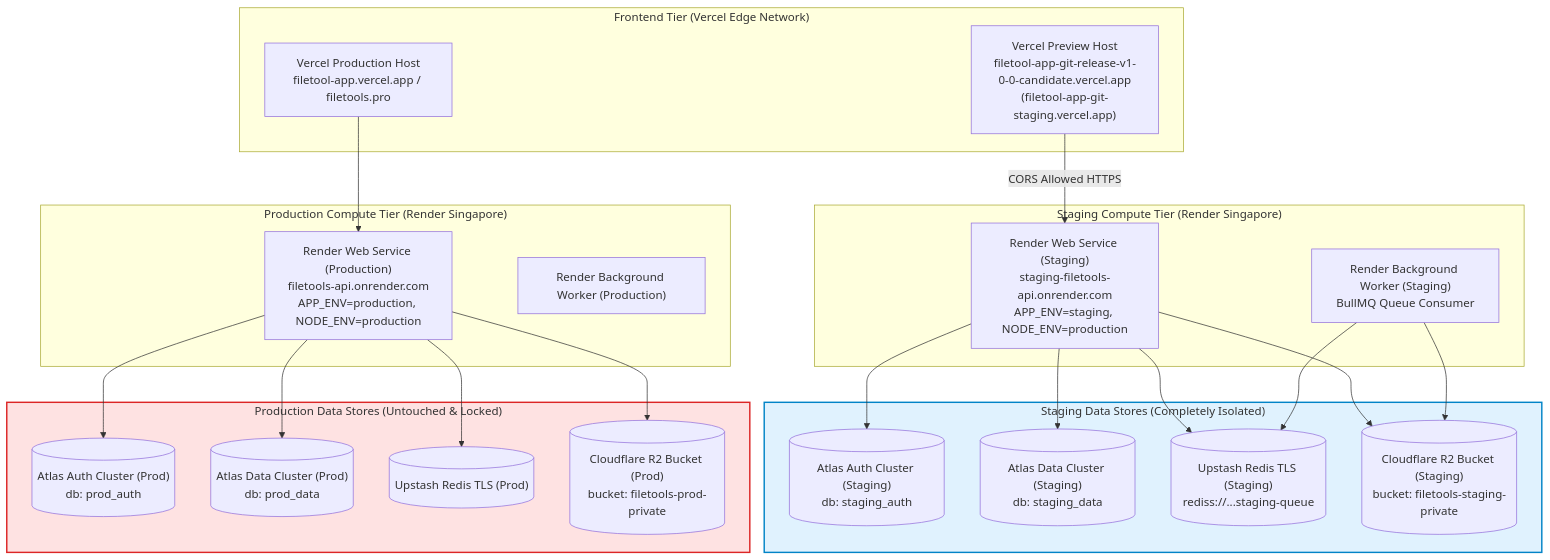
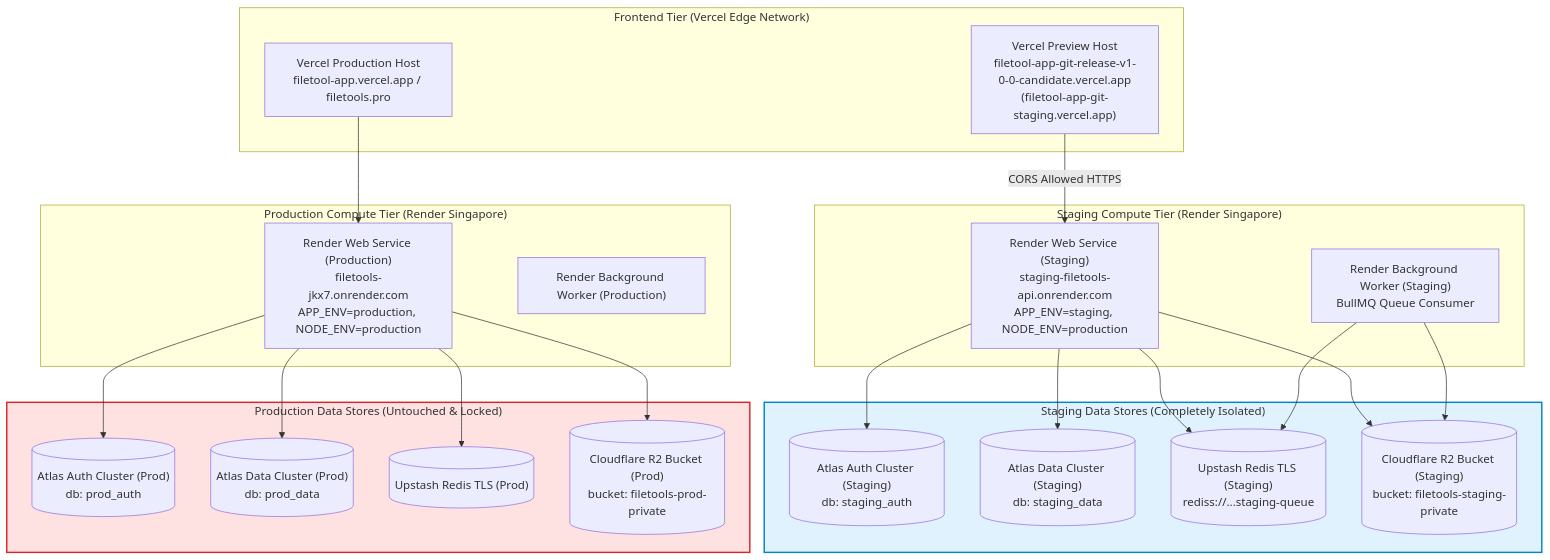
One commit to trminh18122022leo-gif/filetool_app changed the diagram in reports/staging/04_STAGING_CONFIGURATION_MATRIX.md. Above: the diagram before and after it, drawn with Mermaid. The commit also changed 21 other files, not shown here.

Commit message:
fix(staging): correct production Render backend URL to filetools-jkx7.onrender.com

````diff
--- a/reports/staging/04_STAGING_CONFIGURATION_MATRIX.md
+++ b/reports/staging/04_STAGING_CONFIGURATION_MATRIX.md
@@ -14,48 +14,48 @@
 ```mermaid
 flowchart TB
     subgraph Edge_Frontend["Frontend Tier (Vercel Edge Network)"]
         PreviewFE["Vercel Preview Host<br/>filetool-app-git-release-v1-0-0-candidate.vercel.app<br/>(filetool-app-git-staging.vercel.app)"]
         ProdFE["Vercel Production Host<br/>filetool-app.vercel.app / filetools.pro"]
     end
 
     subgraph Staging_Compute["Staging Compute Tier (Render Singapore)"]
         StagingAPI["Render Web Service (Staging)<br/>staging-filetools-api.onrender.com<br/>APP_ENV=staging, NODE_ENV=production"]
         StagingWorker["Render Background Worker (Staging)<br/>BullMQ Queue Consumer"]
     end
 
     subgraph Production_Compute["Production Compute Tier (Render Singapore)"]
-        ProdAPI["Render Web Service (Production)<br/>filetools-api.onrender.com<br/>APP_ENV=production, NODE_ENV=production"]
+        ProdAPI["Render Web Service (Production)<br/>filetools-jkx7.onrender.com<br/>APP_ENV=production, NODE_ENV=production"]
         ProdWorker["Render Background Worker (Production)"]
     end
 
     subgraph Staging_Data["Staging Data Stores (Completely Isolated)"]
         StagingAtlasAuth[("Atlas Auth Cluster (Staging)<br/>db: staging_auth")]
         StagingAtlasData[("Atlas Data Cluster (Staging)<br/>db: staging_data")]
         StagingRedis[("Upstash Redis TLS (Staging)<br/>rediss://...staging-queue")]
         StagingR2[("Cloudflare R2 Bucket (Staging)<br/>bucket: filetools-staging-private")]
     end
 
     subgraph Production_Data["Production Data Stores (Untouched & Locked)"]
         ProdAtlasAuth[("Atlas Auth Cluster (Prod)<br/>db: prod_auth")]
         ProdAtlasData[("Atlas Data Cluster (Prod)<br/>db: prod_data")]
         ProdRedis[("Upstash Redis TLS (Prod)")]
         ProdR2[("Cloudflare R2 Bucket (Prod)<br/>bucket: filetools-prod-private")]
     end
 
     PreviewFE -->|CORS Allowed HTTPS| StagingAPI
     StagingAPI --> StagingAtlasAuth
     StagingAPI --> StagingAtlasData
     StagingAPI --> StagingRedis
     StagingAPI --> StagingR2
     StagingWorker --> StagingRedis
     StagingWorker --> StagingR2
 
     ProdFE --> ProdAPI
     ProdAPI --> ProdAtlasAuth
     ProdAPI --> ProdAtlasData
     ProdAPI --> ProdRedis
     ProdAPI --> ProdR2
 
     style Staging_Data fill:#e0f2fe,stroke:#0284c7,stroke-width:2px
     style Production_Data fill:#fee2e2,stroke:#dc2626,stroke-width:2px
 ```
````
